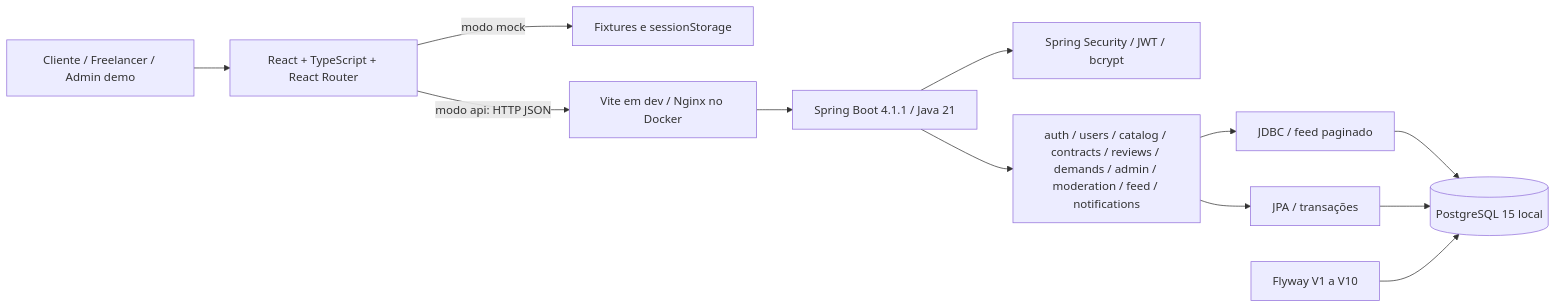
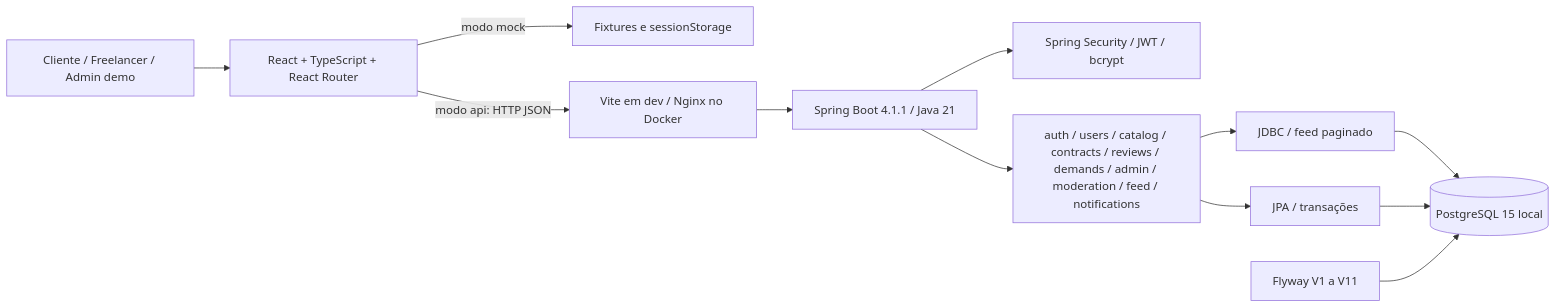
One commit to fabiolrocha/FreeLanceNow changed the diagram in docs/arquitetura.md. Above: the diagram before and after it, drawn with Mermaid. The commit also changed other lines of this file and 11 other files, not shown here.

````diff
--- a/docs/arquitetura.md
+++ b/docs/arquitetura.md
@@ -5,14 +5,14 @@
 ```mermaid
 flowchart LR
   Pessoa[Cliente / Freelancer / Admin demo] --> Web[React + TypeScript + React Router]
   Web -->|modo mock| Mock[Fixtures e sessionStorage]
   Web -->|modo api: HTTP JSON| Proxy[Vite em dev / Nginx no Docker]
   Proxy --> API[Spring Boot 4.1.1 / Java 21]
   API --> Security[Spring Security / JWT / bcrypt]
   API --> Modulos[auth / users / catalog / contracts / reviews / demands / admin / moderation / feed / notifications]
   Modulos --> JPA[JPA / transações]
   Modulos --> JDBC[JDBC / feed paginado]
   JDBC --> DB
   JPA --> DB[(PostgreSQL 15 local)]
-  Flyway[Flyway V1 a V10] --> DB
+  Flyway[Flyway V1 a V11] --> DB
 ```
````
